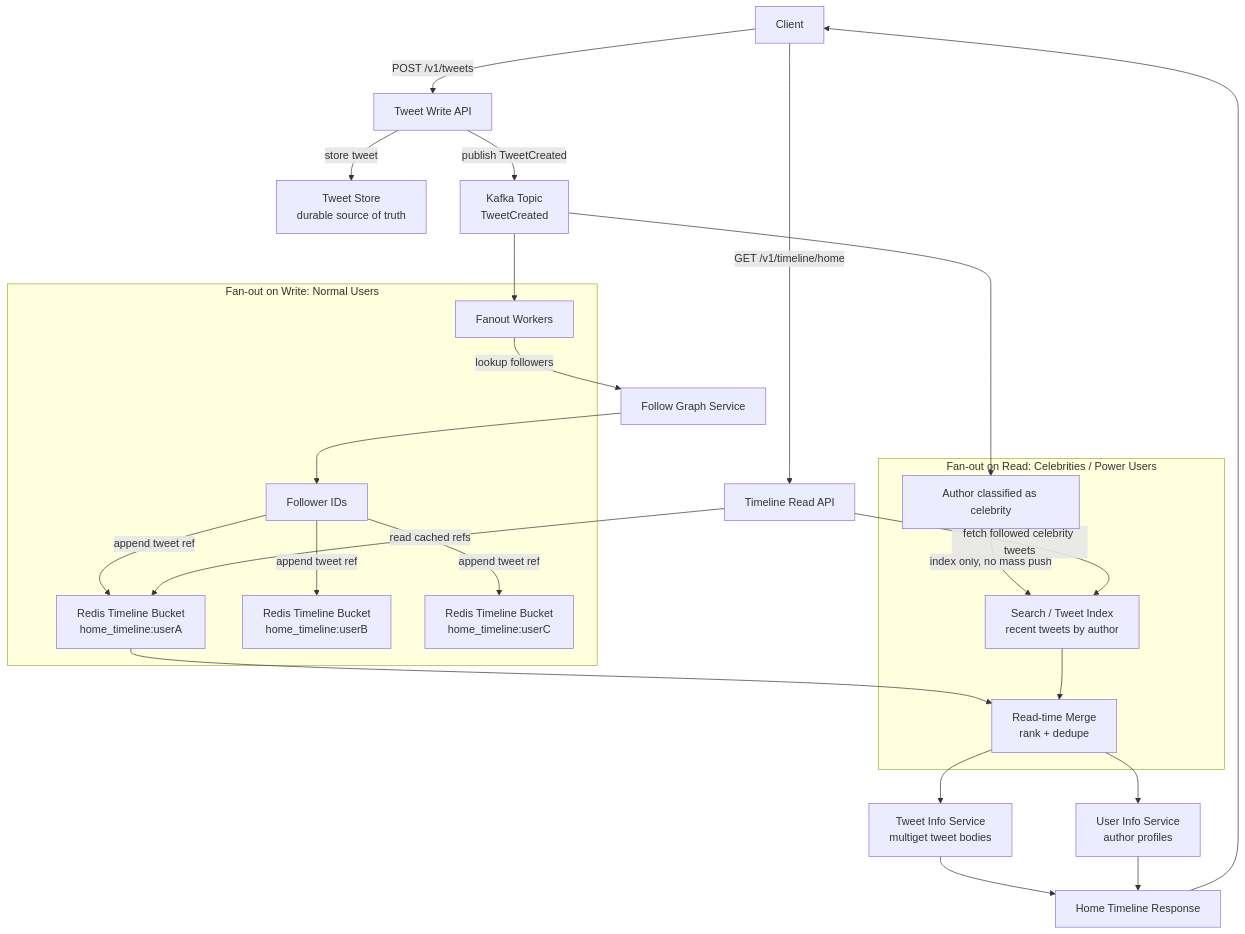
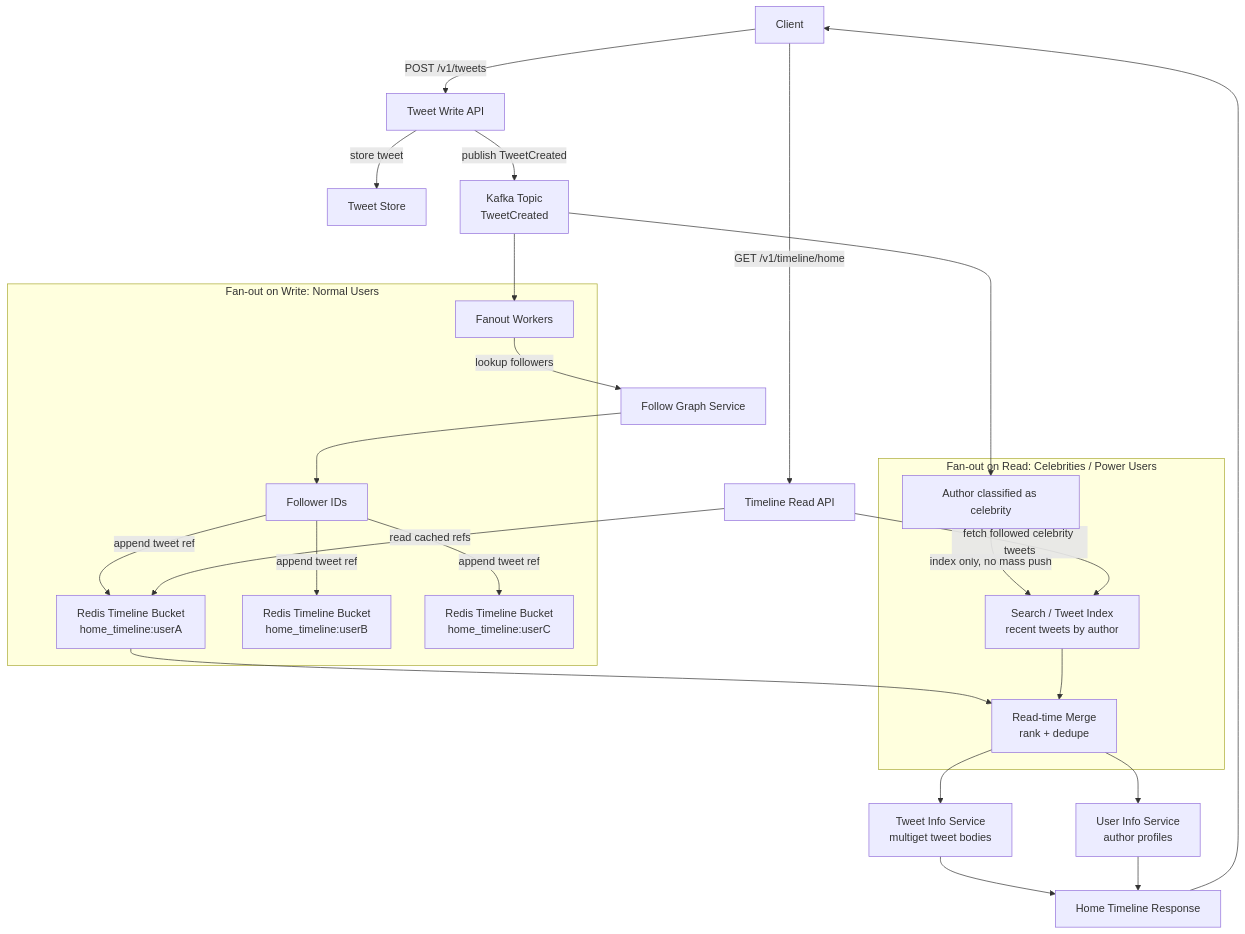
The seventh of 9 diagrams in blueprints/system-designs.md (MachariaP/system-design-academy), drawn with Mermaid before and after one commit. The commit also changed other lines of this file, not shown here.

````diff
--- a/blueprints/system-designs.md
+++ b/blueprints/system-designs.md
@@ -629,52 +706,52 @@
 ```mermaid
 flowchart TB
     Client["Client"]
     WriteAPI["Tweet Write API"]
-    TweetStore["Tweet Store<br/>durable source of truth"]
+    TweetStore["Tweet Store"]
     Kafka["Kafka Topic<br/>TweetCreated"]
     Graph["Follow Graph Service"]
 
     subgraph Push["Fan-out on Write: Normal Users"]
         Fanout["Fanout Workers"]
         Followers["Follower IDs"]
         RedisA["Redis Timeline Bucket<br/>home_timeline:userA"]
         RedisB["Redis Timeline Bucket<br/>home_timeline:userB"]
         RedisC["Redis Timeline Bucket<br/>home_timeline:userC"]
     end
 
     subgraph Pull["Fan-out on Read: Celebrities / Power Users"]
         CelebrityFlag["Author classified as celebrity"]
         SearchIndex["Search / Tweet Index<br/>recent tweets by author"]
         PullMerge["Read-time Merge<br/>rank + dedupe"]
     end
 
     ReadAPI["Timeline Read API"]
     TweetInfo["Tweet Info Service<br/>multiget tweet bodies"]
     UserInfo["User Info Service<br/>author profiles"]
     Response["Home Timeline Response"]
 
     Client -->|"POST /v1/tweets"| WriteAPI
     WriteAPI -->|"store tweet"| TweetStore
     WriteAPI -->|"publish TweetCreated"| Kafka
 
     Kafka --> Fanout
     Fanout -->|"lookup followers"| Graph
     Graph --> Followers
     Followers -->|"append tweet ref"| RedisA
     Followers -->|"append tweet ref"| RedisB
     Followers -->|"append tweet ref"| RedisC
 
     Kafka --> CelebrityFlag
     CelebrityFlag -->|"index only, no mass push"| SearchIndex
 
     Client -->|"GET /v1/timeline/home"| ReadAPI
     ReadAPI -->|"read cached refs"| RedisA
     ReadAPI -->|"fetch followed celebrity tweets"| SearchIndex
     RedisA --> PullMerge
     SearchIndex --> PullMerge
     PullMerge --> TweetInfo
     PullMerge --> UserInfo
     TweetInfo --> Response
     UserInfo --> Response
     Response --> Client
 ```
````
